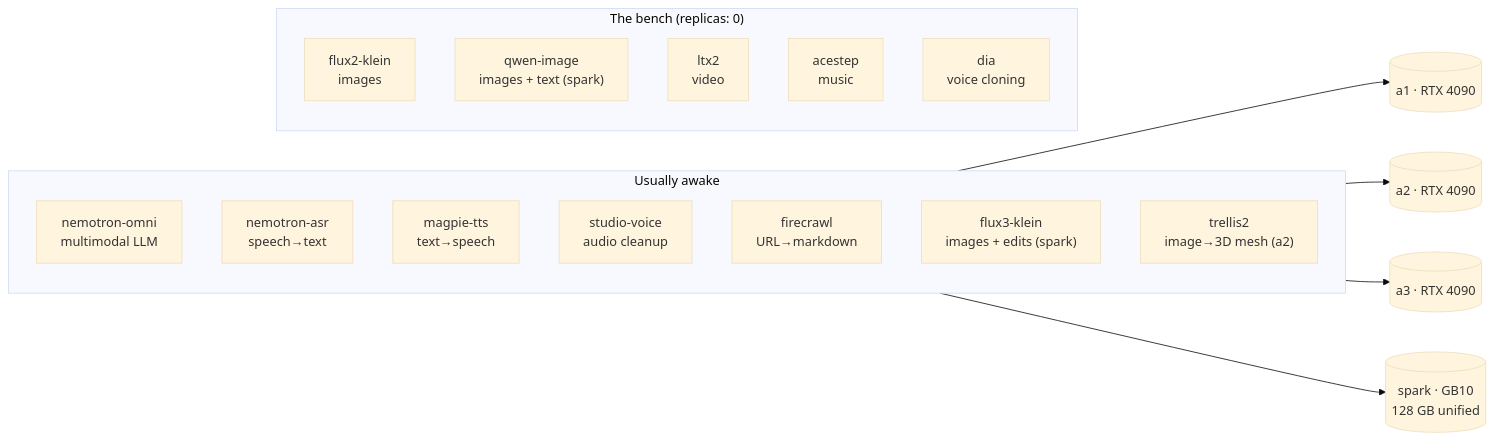
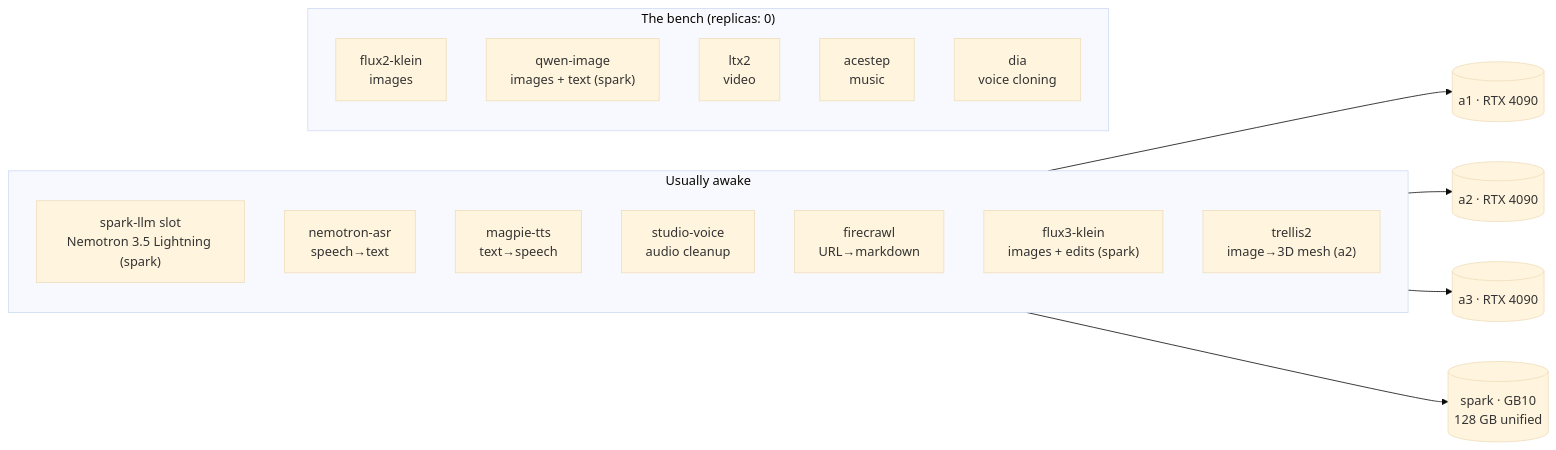
Before and after one commit to briancaffey/home-lab: the diagram in docs-site/docs/ai/inference-fleet.md, drawn with Mermaid (base theme). The commit also changed other lines of this file and 13 other files, not shown here.

First line of the commit message:
docs(site): Hermes v0.23 + iPhone access, local Nemotron Lightning, parked OTel backends

````diff
--- a/docs-site/docs/ai/inference-fleet.md
+++ b/docs-site/docs/ai/inference-fleet.md
@@ -18,24 +18,24 @@
 ```mermaid
 flowchart LR
     subgraph active["Usually awake"]
-        omni["nemotron-omni<br/>multimodal LLM"]
+        omni["spark-llm slot<br/>Nemotron 3.5 Lightning (spark)"]
         asr["nemotron-asr<br/>speech→text"]
         magpie["magpie-tts<br/>text→speech"]
         sv["studio-voice<br/>audio cleanup"]
         fc["firecrawl<br/>URL→markdown"]
         klein["flux3-klein<br/>images + edits (spark)"]
         trellis["trellis2<br/>image→3D mesh (a2)"]
     end
     subgraph parked["The bench (replicas: 0)"]
         flux["flux2-klein<br/>images"]
         qwen["qwen-image<br/>images + text (spark)"]
         ltx["ltx2<br/>video"]
         ace["acestep<br/>music"]
         dia["dia<br/>voice cloning"]
     end
     gpu1[("a1 · RTX 4090")]
     gpu2[("a2 · RTX 4090")]
     gpu3[("a3 · RTX 4090")]
     spark[("spark · GB10<br/>128 GB unified")]
     active --> gpu1 & gpu2 & gpu3 & spark
 ```
````
